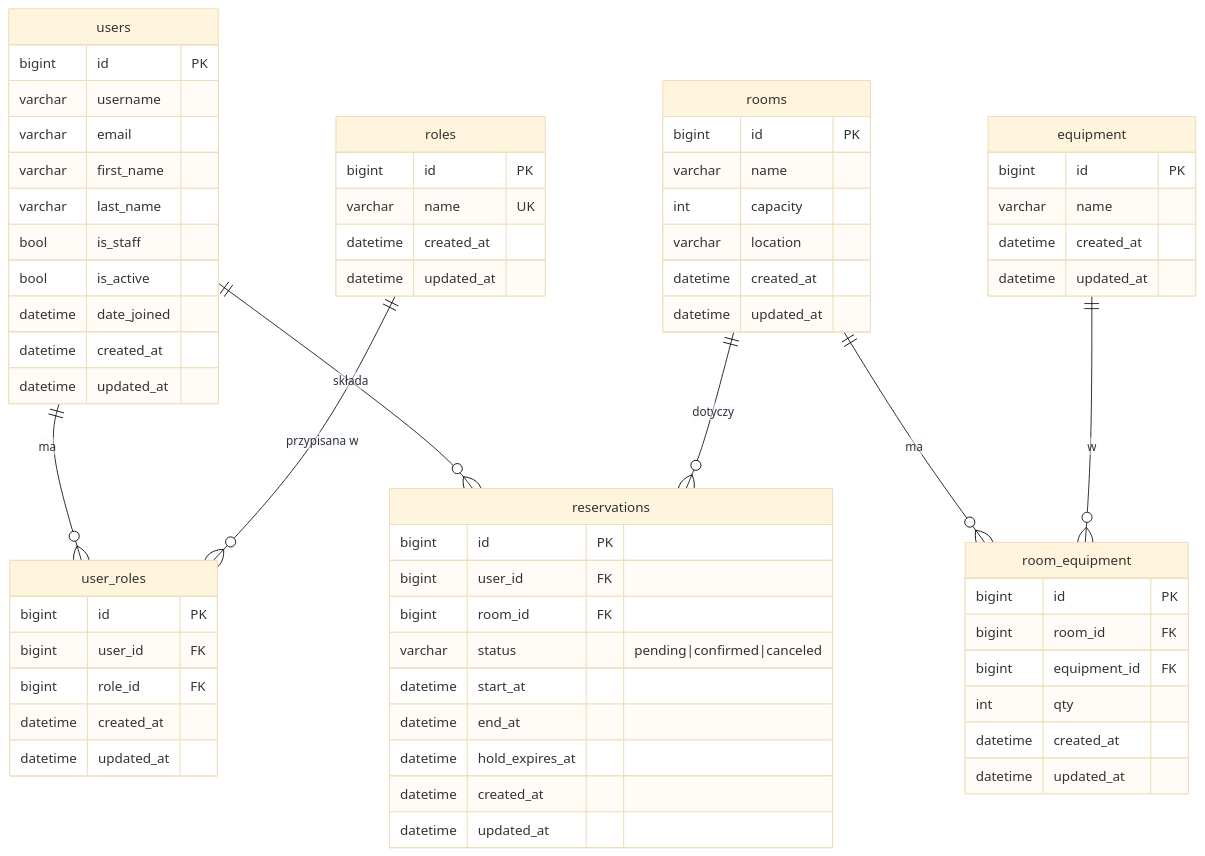
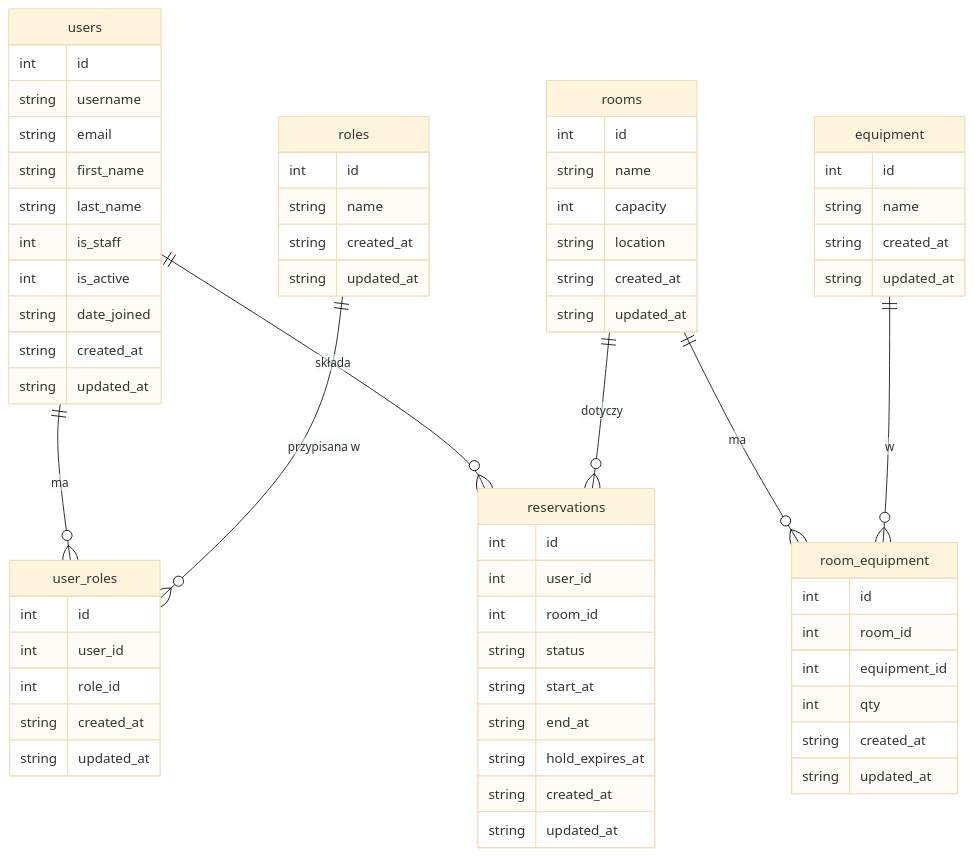
Before and after one commit to xCaban/MeetSpace-Plus: the diagram in docs/erd.md, drawn with Mermaid (base theme). The commit also changed 1 other file, not shown here.

Commit message:
Refactor ERD documentation for consistency and clarity
- Updated data types in the ERD for all entities to use 'int' and 'string' instead of 'bigint' and 'varchar', enhancing readability and standardization.
- Ensured all fields are consistently formatted across the user, role, room, equipment, room_equipment, and reservation entities.

````diff
--- a/docs/erd.md
+++ b/docs/erd.md
@@ -5,74 +5,74 @@
 ```mermaid
 erDiagram
     users ||--o{ user_roles : "ma"
     roles ||--o{ user_roles : "przypisana w"
     users ||--o{ reservations : "składa"
     rooms ||--o{ reservations : "dotyczy"
     rooms ||--o{ room_equipment : "ma"
     equipment ||--o{ room_equipment : "w"
 
     users {
-        bigint id PK
-        varchar username
-        varchar email
-        varchar first_name
-        varchar last_name
-        bool is_staff
-        bool is_active
-        datetime date_joined
-        datetime created_at
-        datetime updated_at
+        int id
+        string username
+        string email
+        string first_name
+        string last_name
+        int is_staff
+        int is_active
+        string date_joined
+        string created_at
+        string updated_at
     }
 
     roles {
-        bigint id PK
-        varchar name UK
-        datetime created_at
-        datetime updated_at
+        int id
+        string name
+        string created_at
+        string updated_at
     }
 
     user_roles {
-        bigint id PK
-        bigint user_id FK
-        bigint role_id FK
-        datetime created_at
-        datetime updated_at
+        int id
+        int user_id
+        int role_id
+        string created_at
+        string updated_at
     }
 
     rooms {
-        bigint id PK
-        varchar name
+        int id
+        string name
         int capacity
-        varchar location
-        datetime created_at
-        datetime updated_at
+        string location
+        string created_at
+        string updated_at
     }
 
     equipment {
-        bigint id PK
-        varchar name
-        datetime created_at
-        datetime updated_at
+        int id
+        string name
+        string created_at
+        string updated_at
     }
 
     room_equipment {
-        bigint id PK
-        bigint room_id FK
-        bigint equipment_id FK
+        int id
+        int room_id
+        int equipment_id
         int qty
-        datetime created_at
-        datetime updated_at
+        string created_at
+        string updated_at
     }
 
     reservations {
-        bigint id PK
-        bigint user_id FK
-        bigint room_id FK
-        varchar status "pending|confirmed|canceled"
-        datetime start_at
-        datetime end_at
-        datetime hold_expires_at
-        datetime created_at
-        datetime updated_at
+        int id
+        int user_id
+        int room_id
+        string status
+        string start_at
+        string end_at
+        string hold_expires_at
+        string created_at
+        string updated_at
     }
 ```
````
